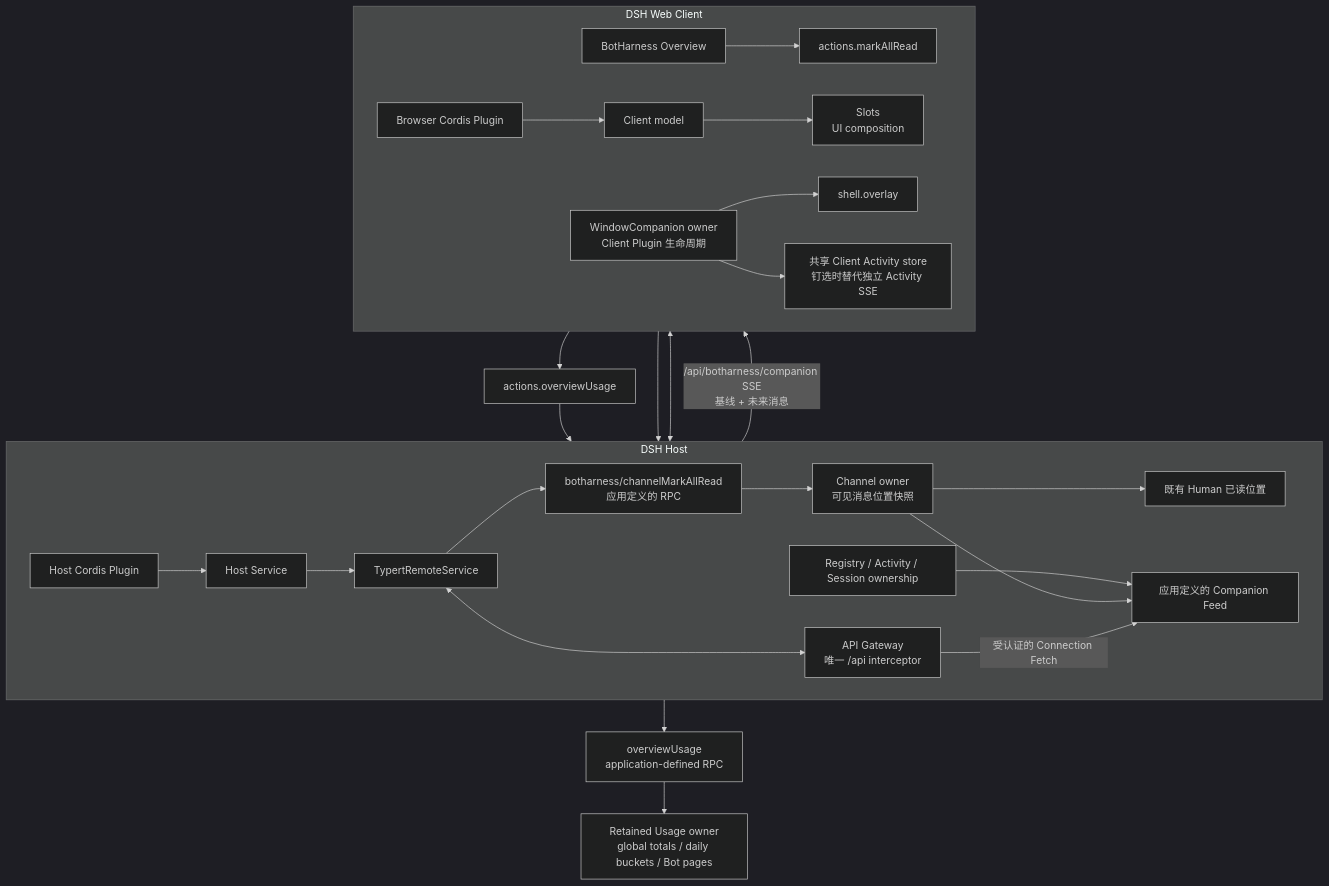
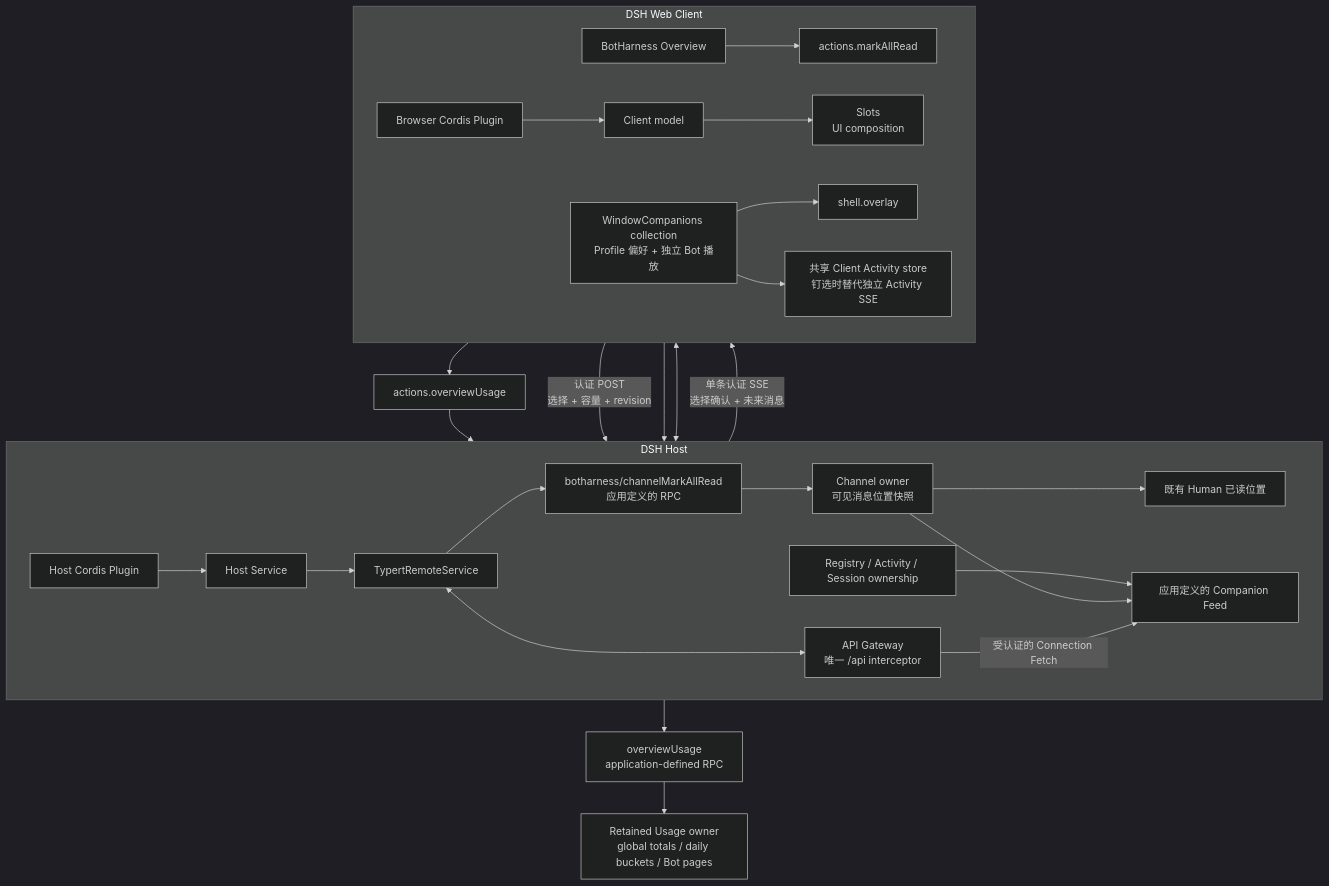
One commit to BotHarness/BotHarness changed the diagram in docs/architecture/diagrams/09-dsh-host-client.mmd. Above: the diagram before and after it, drawn with Mermaid (dark theme). The commit also changed 13 other files, not shown here.

```diff
--- a/docs/architecture/diagrams/09-dsh-host-client.mmd
+++ b/docs/architecture/diagrams/09-dsh-host-client.mmd
@@ -1,28 +1,29 @@
 flowchart TB
   subgraph Host["DSH Host"]
     direction LR
     HostPlugin["Host Cordis Plugin"] --> Service["Host Service"]
     Service --> Remote["TypertRemoteService"]
     ReadRPC["botharness/channelMarkAllRead<br/>应用定义的 RPC"] --> Channels["Channel owner<br/>可见消息位置快照"]
     Channels --> ReadPositions["既有 Human 已读位置"]
     Remote <--> Gateway["API Gateway<br/>唯一 /api interceptor"]
     Registry["Registry / Activity / Session ownership"] --> Feed["应用定义的 Companion Feed"]
     Channels --> Feed
   end
   subgraph Browser["DSH Web Client"]
     direction LR
     ClientPlugin["Browser Cordis Plugin"] --> Model["Client model"]
     Overview["BotHarness Overview"] --> ReadAction["actions.markAllRead"]
     Model --> Slots["Slots<br/>UI composition"]
-    Companion["WindowCompanion owner<br/>Client Plugin 生命周期"] --> Overlay["shell.overlay"]
+    Companion["WindowCompanions collection<br/>Profile 偏好 + 独立 Bot 播放"] --> Overlay["shell.overlay"]
     Companion --> Activity["共享 Client Activity store<br/>钉选时替代独立 Activity SSE"]
   end
   Gateway <--> Model
   Gateway -->|"受认证的 Connection Fetch"| Feed
-  Feed -->|"/api/botharness/companion SSE<br/>基线 + 未来消息"| Companion
+  Feed -->|"单条认证 SSE<br/>选择确认 + 未来消息"| Companion
+  Companion -->|"认证 POST<br/>选择 + 容量 + revision"| Feed
   ReadAction --> Gateway
   Remote --> ReadRPC
   Overview --> UsageAction["actions.overviewUsage"]
   UsageAction --> Gateway
   Remote --> UsageRPC["overviewUsage<br/>application-defined RPC"]
   UsageRPC --> UsageOwner["Retained Usage owner<br/>global totals / daily buckets / Bot pages"]
```
